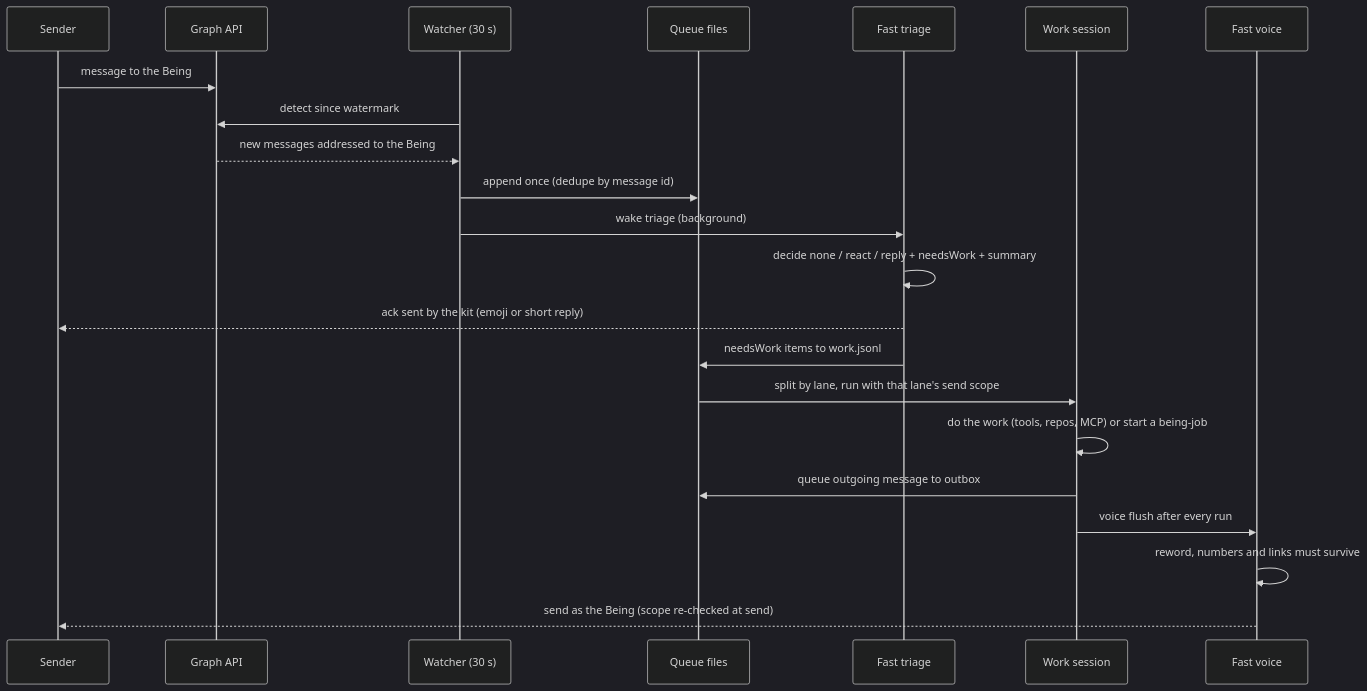
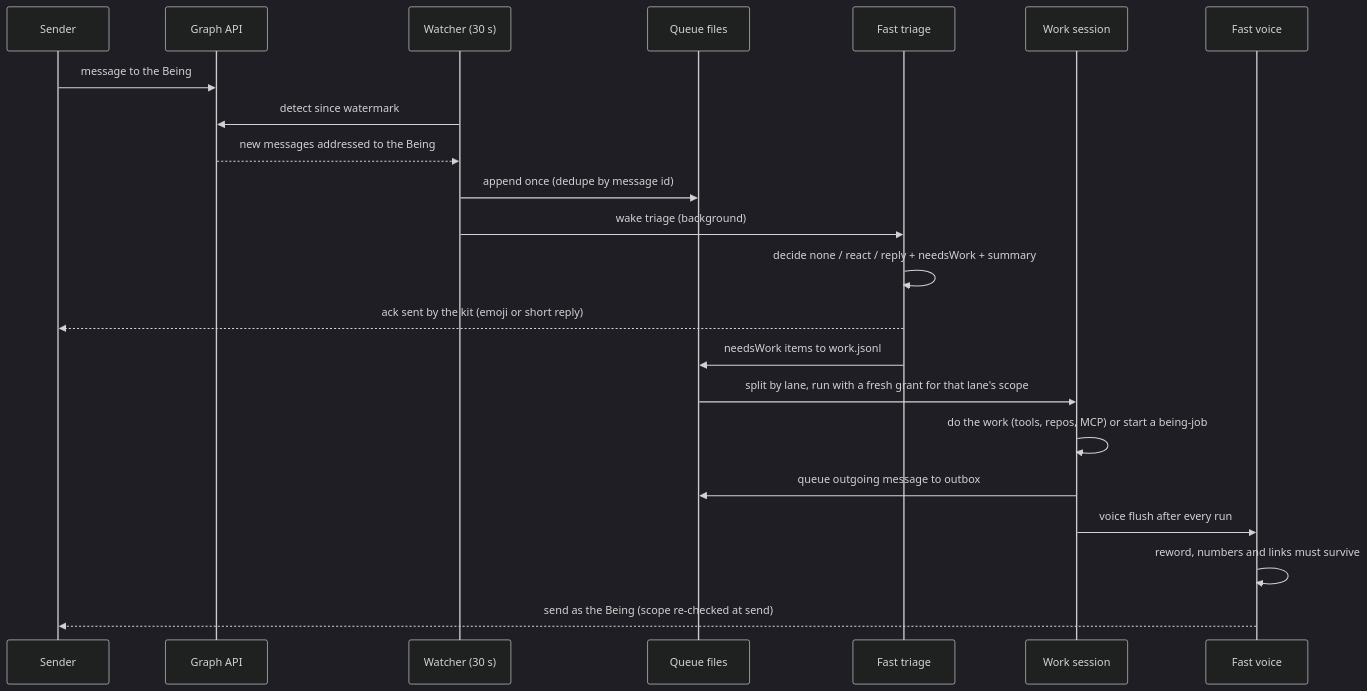
Before and after one commit to VeltriaAI/beings-protocol: the third of 9 diagrams in docs/ARCHITECTURE.md, drawn with Mermaid (dark theme). The commit also changed other lines of this file and 29 other files, not shown here.

````diff
--- a/docs/ARCHITECTURE.md
+++ b/docs/ARCHITECTURE.md
@@ -113,24 +113,24 @@
 ```mermaid
 sequenceDiagram
   participant S as Sender
   participant G as Graph API
   participant W as Watcher (30 s)
   participant Q as Queue files
   participant X as Fast triage
   participant C as Work session
   participant V as Fast voice
   S->>G: message to the Being
   W->>G: detect since watermark
   G-->>W: new messages addressed to the Being
   W->>Q: append once (dedupe by message id)
   W->>X: wake triage (background)
   X->>X: decide none / react / reply + needsWork + summary
   X-->>S: ack sent by the kit (emoji or short reply)
   X->>Q: needsWork items to work.jsonl
-  Q->>C: split by lane, run with that lane's send scope
+  Q->>C: split by lane, run with a fresh grant for that lane's scope
   C->>C: do the work (tools, repos, MCP) or start a being-job
   C->>Q: queue outgoing message to outbox
   C->>V: voice flush after every run
   V->>V: reword, numbers and links must survive
   V-->>S: send as the Being (scope re-checked at send)
 ```
````
